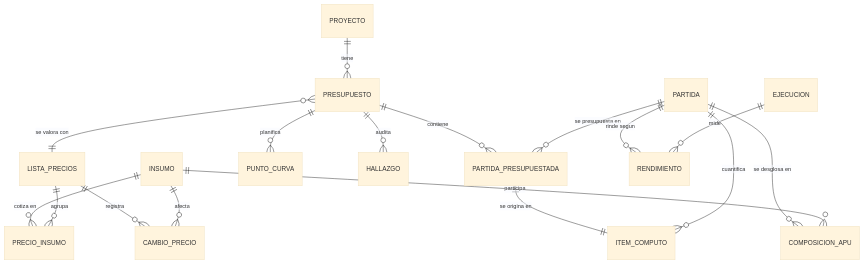
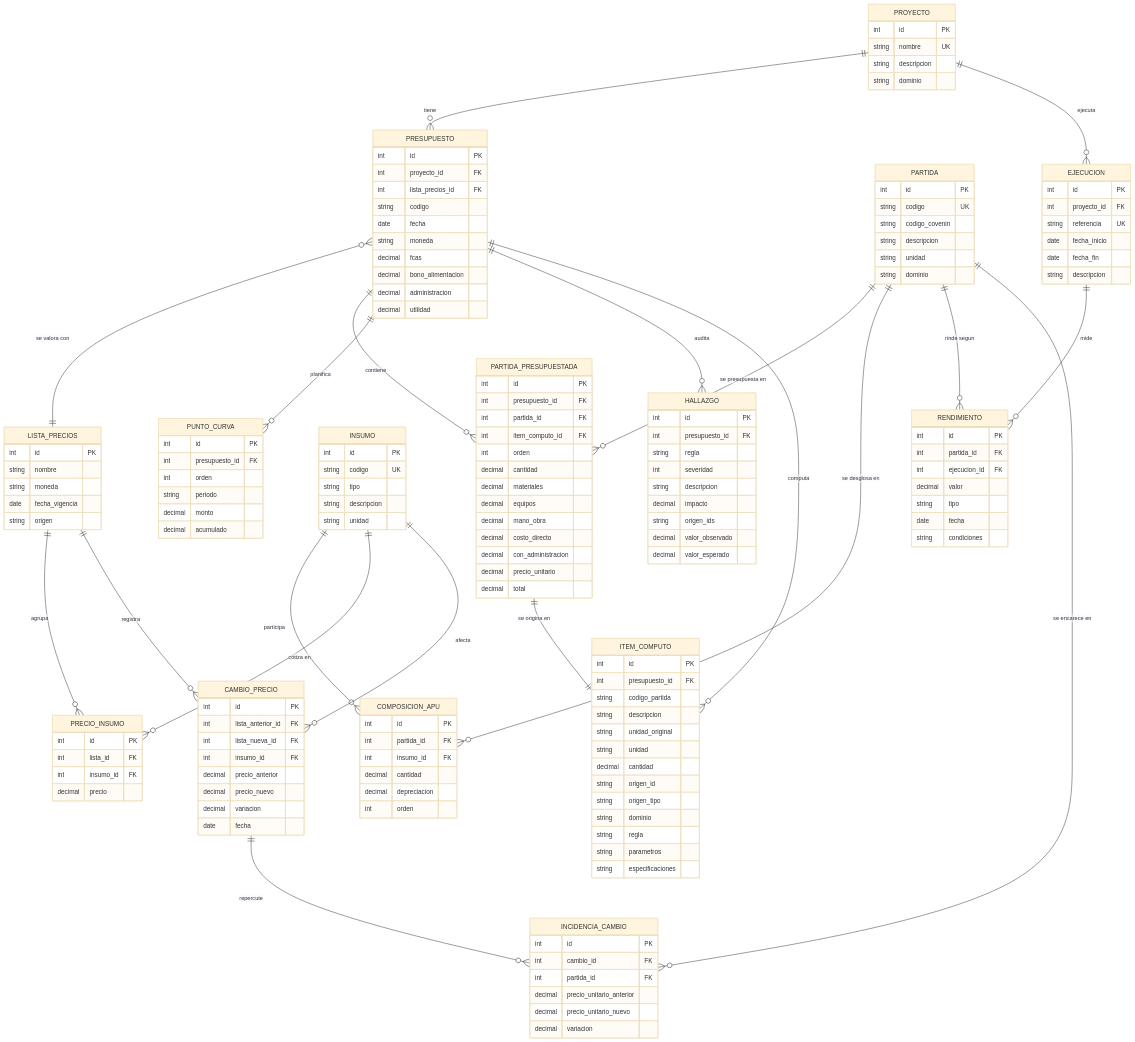
Before and after one commit to EugenioRRijo/ARENIA: the diagram in docs/modelo_datos.md, drawn with Mermaid (base theme). The commit also changed other lines of this file, not shown here.

````diff
--- a/docs/modelo_datos.md
+++ b/docs/modelo_datos.md
@@ -42,19 +252,161 @@
 ```mermaid
 erDiagram
+    PROYECTO {
+        int id PK
+        string nombre UK
+        string descripcion
+        string dominio
+    }
+    PRESUPUESTO {
+        int id PK
+        int proyecto_id FK
+        int lista_precios_id FK
+        string codigo
+        date fecha
+        string moneda
+        decimal fcas
+        decimal bono_alimentacion
+        decimal administracion
+        decimal utilidad
+    }
+    PARTIDA_PRESUPUESTADA {
+        int id PK
+        int presupuesto_id FK
+        int partida_id FK
+        int item_computo_id FK
+        int orden
+        decimal cantidad
+        decimal materiales
+        decimal equipos
+        decimal mano_obra
+        decimal costo_directo
+        decimal con_administracion
+        decimal precio_unitario
+        decimal total
+    }
+    PUNTO_CURVA {
+        int id PK
+        int presupuesto_id FK
+        int orden
+        string periodo
+        decimal monto
+        decimal acumulado
+    }
+    ITEM_COMPUTO {
+        int id PK
+        int presupuesto_id FK
+        string codigo_partida
+        string descripcion
+        string unidad_original
+        string unidad
+        decimal cantidad
+        string origen_id
+        string origen_tipo
+        string dominio
+        string regla
+        string parametros
+        string especificaciones
+    }
+    PARTIDA {
+        int id PK
+        string codigo UK
+        string codigo_covenin
+        string descripcion
+        string unidad
+        string dominio
+    }
+    INSUMO {
+        int id PK
+        string codigo UK
+        string tipo
+        string descripcion
+        string unidad
+    }
+    COMPOSICION_APU {
+        int id PK
+        int partida_id FK
+        int insumo_id FK
+        decimal cantidad
+        decimal depreciacion
+        int orden
+    }
+    RENDIMIENTO {
+        int id PK
+        int partida_id FK
+        int ejecucion_id FK
+        decimal valor
+        string tipo
+        date fecha
+        string condiciones
+    }
+    EJECUCION {
+        int id PK
+        int proyecto_id FK
+        string referencia UK
+        date fecha_inicio
+        date fecha_fin
+        string descripcion
+    }
+    LISTA_PRECIOS {
+        int id PK
+        string nombre
+        string moneda
+        date fecha_vigencia
+        string origen
+    }
+    PRECIO_INSUMO {
+        int id PK
+        int lista_id FK
+        int insumo_id FK
+        decimal precio
+    }
+    CAMBIO_PRECIO {
+        int id PK
+        int lista_anterior_id FK
+        int lista_nueva_id FK
+        int insumo_id FK
+        decimal precio_anterior
+        decimal precio_nuevo
+        decimal variacion
+        date fecha
+    }
+    INCIDENCIA_CAMBIO {
+        int id PK
+        int cambio_id FK
+        int partida_id FK
+        decimal precio_unitario_anterior
+        decimal precio_unitario_nuevo
+        decimal variacion
+    }
+    HALLAZGO {
+        int id PK
+        int presupuesto_id FK
+        string regla
+        int severidad
+        string descripcion
+        decimal impacto
+        string origen_ids
+        decimal valor_observado
+        decimal valor_esperado
+    }
+
     PROYECTO ||--o{ PRESUPUESTO : tiene
+    PROYECTO ||--o{ EJECUCION : ejecuta
     PRESUPUESTO }o--|| LISTA_PRECIOS : "se valora con"
     PRESUPUESTO ||--o{ PARTIDA_PRESUPUESTADA : contiene
     PRESUPUESTO ||--o{ PUNTO_CURVA : planifica
     PRESUPUESTO ||--o{ HALLAZGO : audita
+    PRESUPUESTO ||--o{ ITEM_COMPUTO : computa
     PARTIDA_PRESUPUESTADA ||--|| ITEM_COMPUTO : "se origina en"
     PARTIDA ||--o{ PARTIDA_PRESUPUESTADA : "se presupuesta en"
-    PARTIDA ||--o{ ITEM_COMPUTO : cuantifica
     PARTIDA ||--o{ COMPOSICION_APU : "se desglosa en"
+    PARTIDA ||--o{ RENDIMIENTO : "rinde segun"
+    PARTIDA ||--o{ INCIDENCIA_CAMBIO : "se encarece en"
     INSUMO ||--o{ COMPOSICION_APU : participa
     INSUMO ||--o{ PRECIO_INSUMO : "cotiza en"
+    INSUMO ||--o{ CAMBIO_PRECIO : afecta
     LISTA_PRECIOS ||--o{ PRECIO_INSUMO : agrupa
     LISTA_PRECIOS ||--o{ CAMBIO_PRECIO : registra
-    INSUMO ||--o{ CAMBIO_PRECIO : afecta
-    PARTIDA ||--o{ RENDIMIENTO : "rinde segun"
+    CAMBIO_PRECIO ||--o{ INCIDENCIA_CAMBIO : repercute
     EJECUCION ||--o{ RENDIMIENTO : mide
 ```
````
